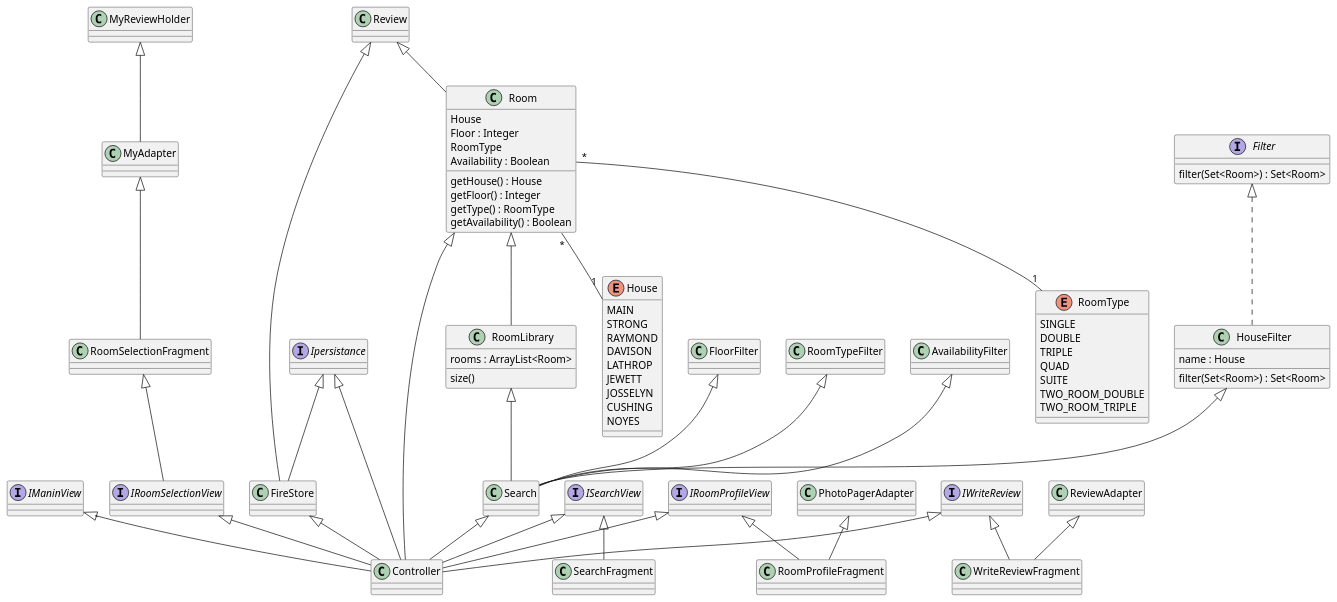
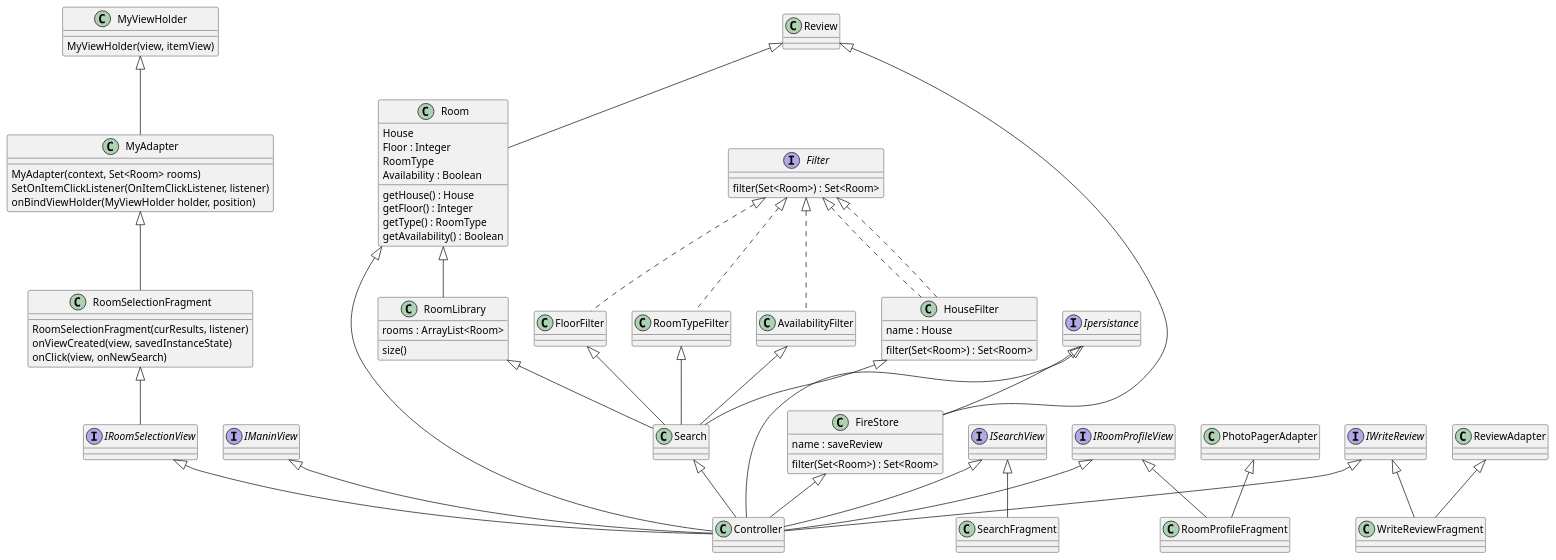
The first of 2 diagrams in intellij/doc/design.md (alexandraguillen12/Dorm-Review-App), drawn with PlantUML before and after one commit. The commit also changed other lines of this file, not shown here.

Commit message:
Updating and Adding in Design.md

```diff
--- a/intellij/doc/design.md
+++ b/intellij/doc/design.md
@@ -17,6 +17,9 @@
 Room : getAvailability() : Boolean
 
 class FireStore 
+Filter <|.. HouseFilter
+FireStore : name : saveReview
+FireStore : filter(Set<Room>) : Set<Room>
 Review <|-- FireStore
 Ipersistance <|-- FireStore
 
@@ -25,28 +28,6 @@
 Room <|-- RoomLibrary
 RoomLibrary : rooms : ArrayList<Room>
 RoomLibrary : size()
-
-enum House
-Room "*" -- "1" House
-House : MAIN
-House : STRONG
-House : RAYMOND
-House : DAVISON
-House : LATHROP
-House : JEWETT
-House : JOSSELYN
-House : CUSHING
-House : NOYES
-
-enum RoomType
-Room "*" -- "1" RoomType
-RoomType : SINGLE
-RoomType : DOUBLE
-RoomType : TRIPLE
-RoomType : QUAD
-RoomType : SUITE
-RoomType : TWO_ROOM_DOUBLE
-RoomType : TWO_ROOM_TRIPLE
 
 interface Filter
 Filter : filter(Set<Room>) : Set<Room>
@@ -61,8 +42,16 @@
 interface IRoomSelectionView
 IRoomSelectionView <|-- Controller
 RoomSelectionFragment <|-- IRoomSelectionView 
+RoomSelectionFragment : RoomSelectionFragment(curResults, listener)
+RoomSelectionFragment : onViewCreated(view, savedInstanceState)
+RoomSelectionFragment : onClick(view, onNewSearch)
 MyAdapter <|-- RoomSelectionFragment
-MyReviewHolder <|-- MyAdapter
+MyAdapter : MyAdapter(context, Set<Room> rooms)
+MyAdapter : SetOnItemClickListener(OnItemClickListener, listener)
+MyAdapter : onBindViewHolder(MyViewHolder holder, position)
+
+MyViewHolder <|-- MyAdapter
+MyViewHolder : MyViewHolder(view, itemView)
 
 interface IRoomProfileView
 IRoomProfileView <|-- Controller
@@ -85,9 +74,13 @@
 
 class FloorFilter 
 FloorFilter <|-- Search 
+Filter <|.. FloorFilter
 RoomTypeFilter <|-- Search
+Filter <|.. RoomTypeFilter
 AvailabilityFilter <|-- Search
+Filter <|.. AvailabilityFilter 
 HouseFilter <|-- Search
+
 RoomLibrary <|-- Search
 Search <|-- Controller
 Room <|-- Controller
```
